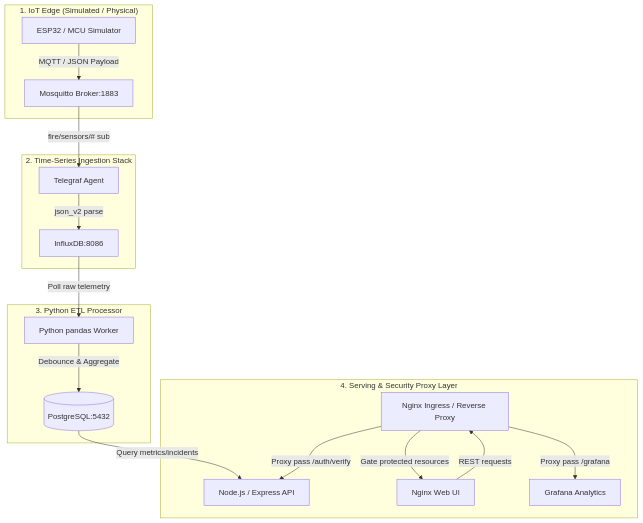
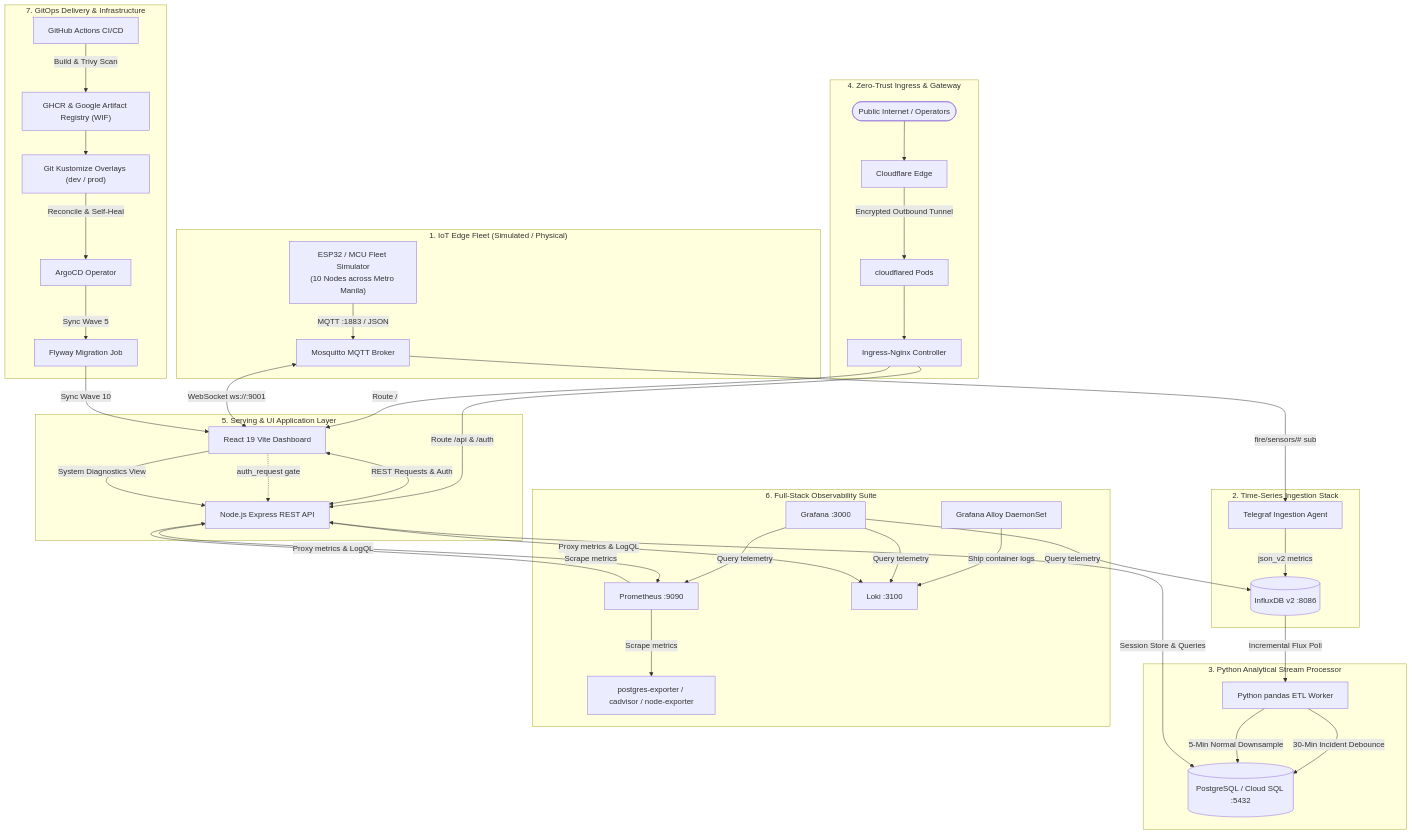
The diagram in README.md (Fauxx/FireMonitoringSystem), drawn with Mermaid before and after one commit. The commit also changed other lines of this file and 20 other files, not shown here.

Commit message:
docs: update comprehensive portfolio documentation and fix architecture flowchart

````diff
--- a/README.md
+++ b/README.md
@@ -27,24 +56,52 @@
 ```mermaid
 flowchart TD
-    subgraph Edge ["1. IoT Edge (Simulated / Physical)"]
-        MCU[ESP32 / MCU Simulator] -->|MQTT / JSON Payload| Broker[Mosquitto Broker:1883]
+    subgraph Edge ["1. IoT Edge Fleet (Simulated / Physical)"]
+        MCU["ESP32 / MCU Fleet Simulator<br/>(10 Nodes across Metro Manila)"] -->|MQTT :1883 / JSON| Broker["Mosquitto MQTT Broker"]
     end
     
     subgraph Ingestion ["2. Time-Series Ingestion Stack"]
-        Broker -->|fire/sensors/# sub| Telegraf[Telegraf Agent]
-        Telegraf -->|json_v2 parse| Influx[InfluxDB:8086]
+        Broker -->|fire/sensors/# sub| Telegraf["Telegraf Ingestion Agent"]
+        Telegraf -->|json_v2 metrics| Influx[("InfluxDB v2 :8086")]
     end
 
-    subgraph ETL ["3. Python ETL Processor"]
-        Influx -->|Poll raw telemetry| PyETL[Python pandas Worker]
-        PyETL -->|Debounce & Aggregate| Postgres[(PostgreSQL:5432)]
+    subgraph ETL ["3. Python Analytical Stream Processor"]
+        Influx -->|Incremental Flux Poll| PyETL["Python pandas ETL Worker"]
+        PyETL -->|30-Min Incident Debounce| Postgres[("PostgreSQL / Cloud SQL :5432")]
+        PyETL -->|5-Min Normal Downsample| Postgres
     end
 
-    subgraph Serving ["4. Serving & Security Proxy Layer"]
-        Postgres -->|Query metrics/incidents| API[Node.js / Express API]
-        Nginx[Nginx Ingress / Reverse Proxy] -->|Gate protected resources| Dashboard[Nginx Web UI]
-        Dashboard -->|REST requests| Nginx
-        Nginx -->|Proxy pass /auth/verify| API
-        Nginx -->|Proxy pass /grafana| Grafana[Grafana Analytics]
+    subgraph Security ["4. Zero-Trust Ingress & Gateway"]
+        Internet([Public Internet / Operators]) --> CFEdge["Cloudflare Edge"]
+        CFEdge -->|Encrypted Outbound Tunnel| CFTunnel["cloudflared Pods"]
+        CFTunnel --> Ingress["Ingress-Nginx Controller"]
+    end
+
+    subgraph Serving ["5. Serving & UI Application Layer"]
+        Ingress -->|Route /| Dashboard["React 19 Vite Dashboard"]
+        Ingress -->|Route /api & /auth| API["Node.js Express REST API"]
+        Broker <-->|WebSocket ws://:9001| Dashboard
+        Dashboard <-->|REST Requests & Auth| API
+        API <-->|Session Store & Queries| Postgres
+        Dashboard -.->|auth_request gate| API
+    end
+
+    subgraph Observability ["6. Full-Stack Observability Suite"]
+        Prometheus["Prometheus :9090"] -->|Scrape metrics| API
+        Prometheus -->|Scrape metrics| Exporters["postgres-exporter / cadvisor / node-exporter"]
+        Alloy["Grafana Alloy DaemonSet"] -->|Ship container logs| Loki["Loki :3100"]
+        Grafana["Grafana :3000"] -->|Query telemetry| Prometheus
+        Grafana -->|Query telemetry| Loki
+        Grafana -->|Query telemetry| Influx
+        API -->|Proxy metrics & LogQL| Prometheus
+        API -->|Proxy metrics & LogQL| Loki
+        Dashboard -->|System Diagnostics View| API
+    end
+
+    subgraph GitOps ["7. GitOps Delivery & Infrastructure"]
+        GHA["GitHub Actions CI/CD"] -->|Build & Trivy Scan| Registries["GHCR & Google Artifact Registry (WIF)"]
+        Registries --> GitOpsRepo["Git Kustomize Overlays (dev / prod)"]
+        GitOpsRepo -->|Reconcile & Self-Heal| ArgoCD["ArgoCD Operator"]
+        ArgoCD -->|Sync Wave 5| Flyway["Flyway Migration Job"]
+        Flyway -->|Sync Wave 10| Dashboard
     end
 ```
````
